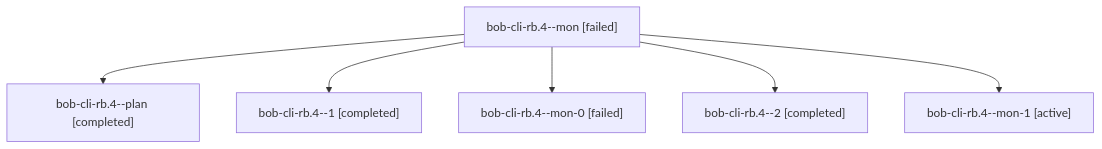
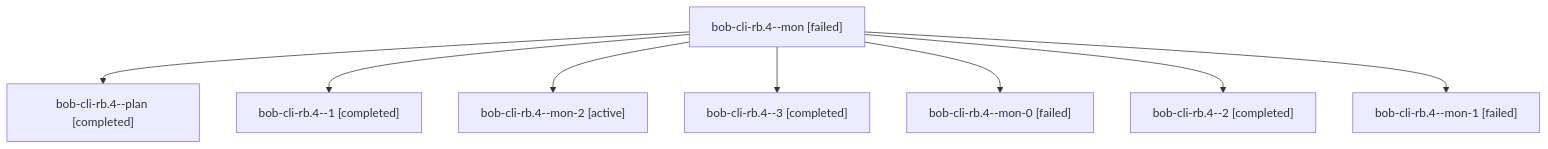
Before and after one commit to bobs-org/bob-cli--agents: the diagram in sessions/bbugyi200.athena.bob-cli-rb.4.md, drawn with Mermaid. The commit also changed other lines of this file and 33 other files, not shown here.

````diff
--- a/sessions/bbugyi200.athena.bob-cli-rb.4.md
+++ b/sessions/bbugyi200.athena.bob-cli-rb.4.md
@@ -9,14 +9,18 @@
 ```mermaid
 flowchart TD
   n0["bob-cli-rb.4--mon [failed]"]
   n1["bob-cli-rb.4--plan [completed]"]
   n0 --> n1
   n2["bob-cli-rb.4--1 [completed]"]
   n0 --> n2
-  n3["bob-cli-rb.4--mon-0 [failed]"]
+  n3["bob-cli-rb.4--mon-2 [active]"]
   n0 --> n3
-  n4["bob-cli-rb.4--2 [completed]"]
+  n4["bob-cli-rb.4--3 [completed]"]
   n0 --> n4
-  n5["bob-cli-rb.4--mon-1 [active]"]
+  n5["bob-cli-rb.4--mon-0 [failed]"]
   n0 --> n5
+  n6["bob-cli-rb.4--2 [completed]"]
+  n0 --> n6
+  n7["bob-cli-rb.4--mon-1 [failed]"]
+  n0 --> n7
 ```
````
